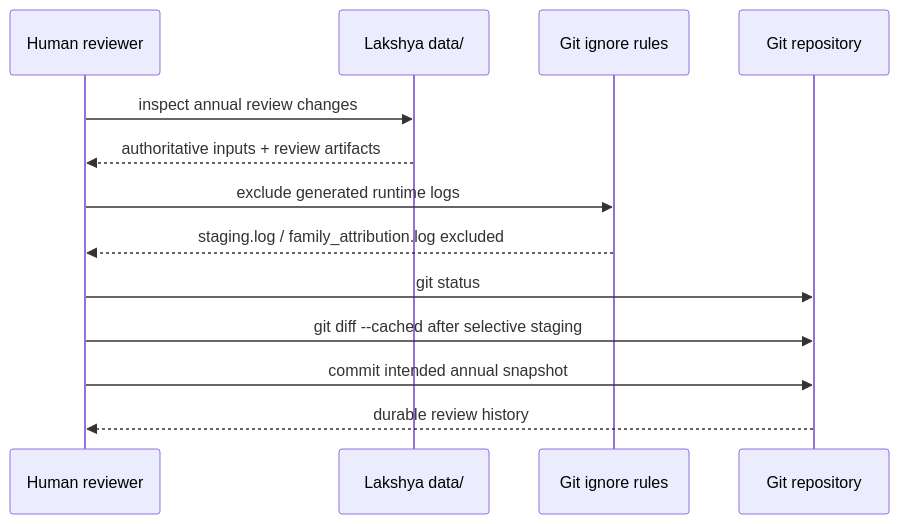
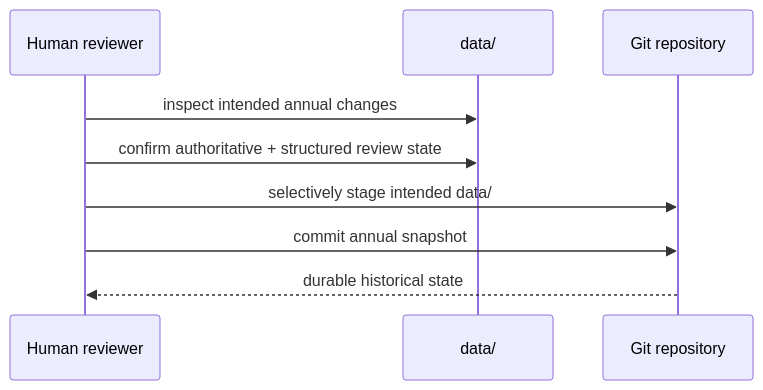
Diagram 12 of 13 in docs/Lakshya_Pipeline_Sequence.md (rrajeshkannan/lakshya), drawn with Mermaid before and after one commit. The commit also changed other lines of this file, not shown here.

Commit message:
DOCS: extend pipeline sequence through transition boundary

````diff
--- a/docs/Lakshya_Pipeline_Sequence.md
+++ b/docs/Lakshya_Pipeline_Sequence.md
@@ -571,16 +368,12 @@
 ```mermaid
 sequenceDiagram
     participant Reviewer as Human reviewer
-    participant Data as Lakshya data/
-    participant Ignore as Git ignore rules
+    participant Data as data/
     participant Git as Git repository
 
-    Reviewer->>Data: inspect annual review changes
-    Data-->>Reviewer: authoritative inputs + review artifacts
-    Reviewer->>Ignore: exclude generated runtime logs
-    Ignore-->>Reviewer: staging.log / family_attribution.log excluded
-    Reviewer->>Git: git status
-    Reviewer->>Git: git diff --cached after selective staging
-    Reviewer->>Git: commit intended annual snapshot
-    Git-->>Reviewer: durable review history
+    Reviewer->>Data: inspect intended annual changes
+    Reviewer->>Data: confirm authoritative + structured review state
+    Reviewer->>Git: selectively stage intended data/
+    Reviewer->>Git: commit annual snapshot
+    Git-->>Reviewer: durable historical state
 ```
````
